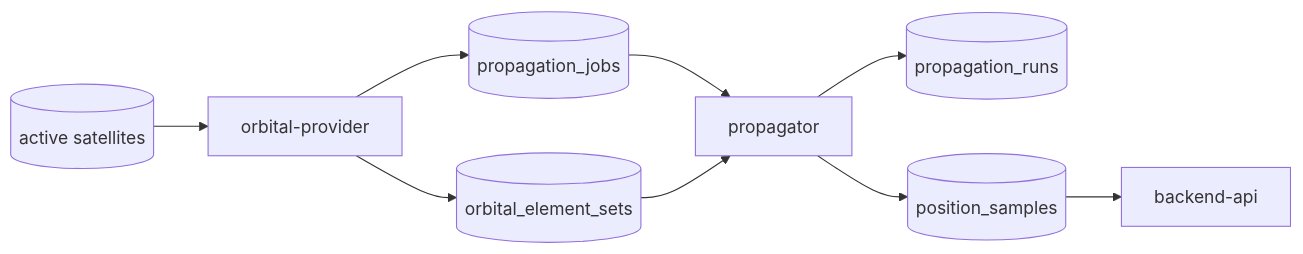
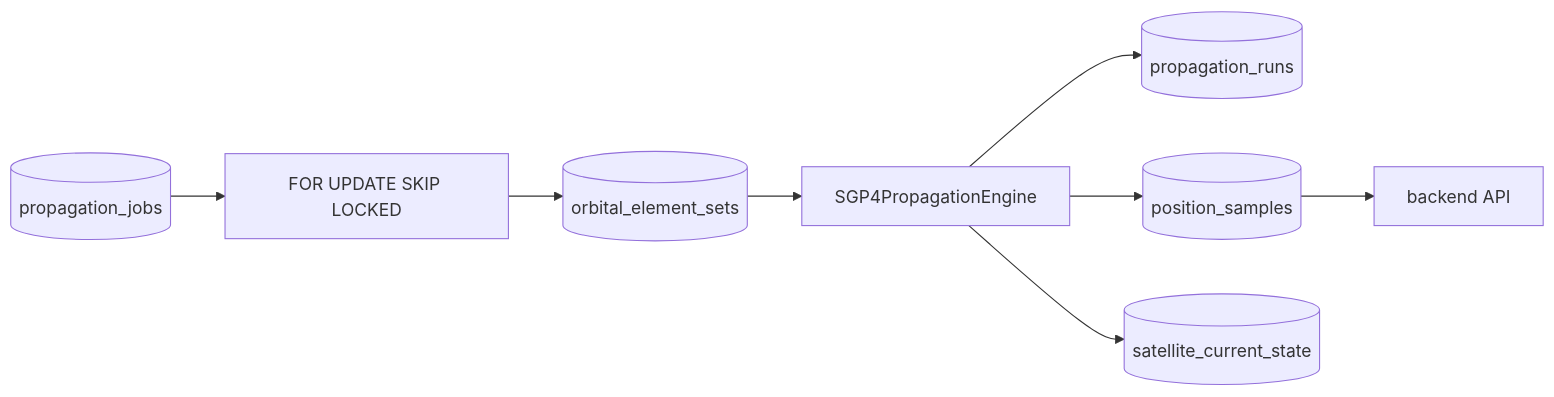
Before and after one commit to ExoSpaceLabs/world-sat-monitor: the seventh of 7 diagrams in docs/architecture.md, drawn with Mermaid. The commit also changed other lines of this file and 21 other files, not shown here.

First line of the commit message:
feat(world-sat-monitor): add orbital provider and propagation services

````diff
--- a/docs/architecture.md
+++ b/docs/architecture.md
@@ -107,11 +147,10 @@
 ```mermaid
 flowchart LR
-    CAT[(active satellites)] --> FETCH[orbital-provider]
-    FETCH --> ELEM[(orbital_element_sets)]
-    FETCH --> JOB[(propagation_jobs)]
-    JOB --> PROP[propagator]
-    ELEM --> PROP
-    PROP --> RUN[(propagation_runs)]
-    PROP --> SAMPLE[(position_samples)]
-    SAMPLE --> API[backend-api]
+    J[(propagation_jobs)] --> CLAIM[FOR UPDATE SKIP LOCKED]
+    CLAIM --> E[(orbital_element_sets)]
+    E --> S[SGP4PropagationEngine]
+    S --> R[(propagation_runs)]
+    S --> P[(position_samples)]
+    S --> C[(satellite_current_state)]
+    P --> API[backend API]
 ```
````
